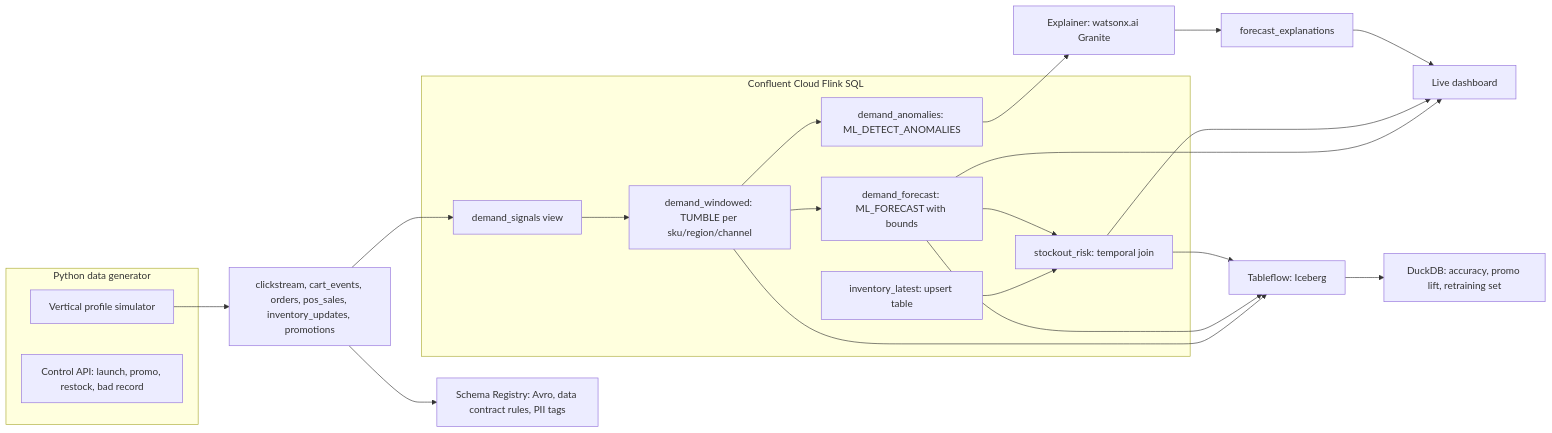
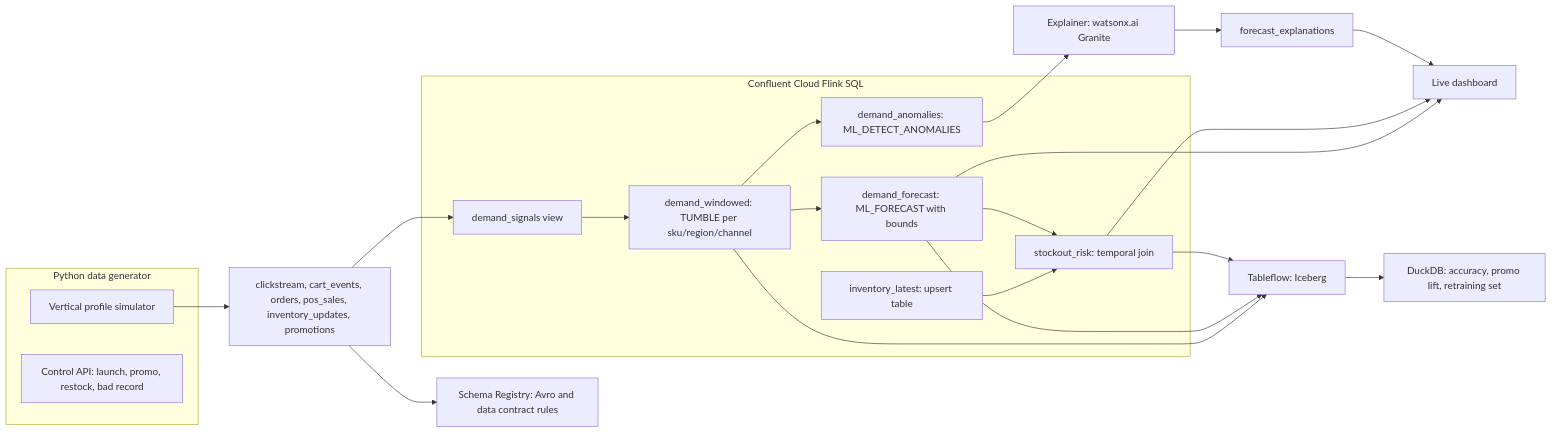
The diagram in demos/streamhouse-inventory/README.md (bjaggi/bjaggi.github.io), drawn with Mermaid before and after one commit. The commit also changed other lines of this file and 7 other files, not shown here.

````diff
--- a/demos/streamhouse-inventory/README.md
+++ b/demos/streamhouse-inventory/README.md
@@ -24,26 +24,26 @@
 ```mermaid
 flowchart LR
   subgraph gen [Python data generator]
     sim["Vertical profile simulator"]
     ctl["Control API: launch, promo, restock, bad record"]
   end
   sim --> topics["clickstream, cart_events, orders, pos_sales, inventory_updates, promotions"]
-  topics --> sg["Schema Registry: Avro, data contract rules, PII tags"]
+  topics --> sg["Schema Registry: Avro and data contract rules"]
   topics --> view["demand_signals view"]
   subgraph flink [Confluent Cloud Flink SQL]
     view --> win["demand_windowed: TUMBLE per sku/region/channel"]
     win --> fc["demand_forecast: ML_FORECAST with bounds"]
     win --> an["demand_anomalies: ML_DETECT_ANOMALIES"]
     inv["inventory_latest: upsert table"] --> risk
     fc --> risk["stockout_risk: temporal join"]
   end
   an --> exp["Explainer: watsonx.ai Granite"]
   exp --> expl["forecast_explanations"]
   fc --> dash["Live dashboard"]
   risk --> dash
   expl --> dash
   win --> tf["Tableflow: Iceberg"]
   fc --> tf
   risk --> tf
   tf --> duck["DuckDB: accuracy, promo lift, retraining set"]
 ```
````
